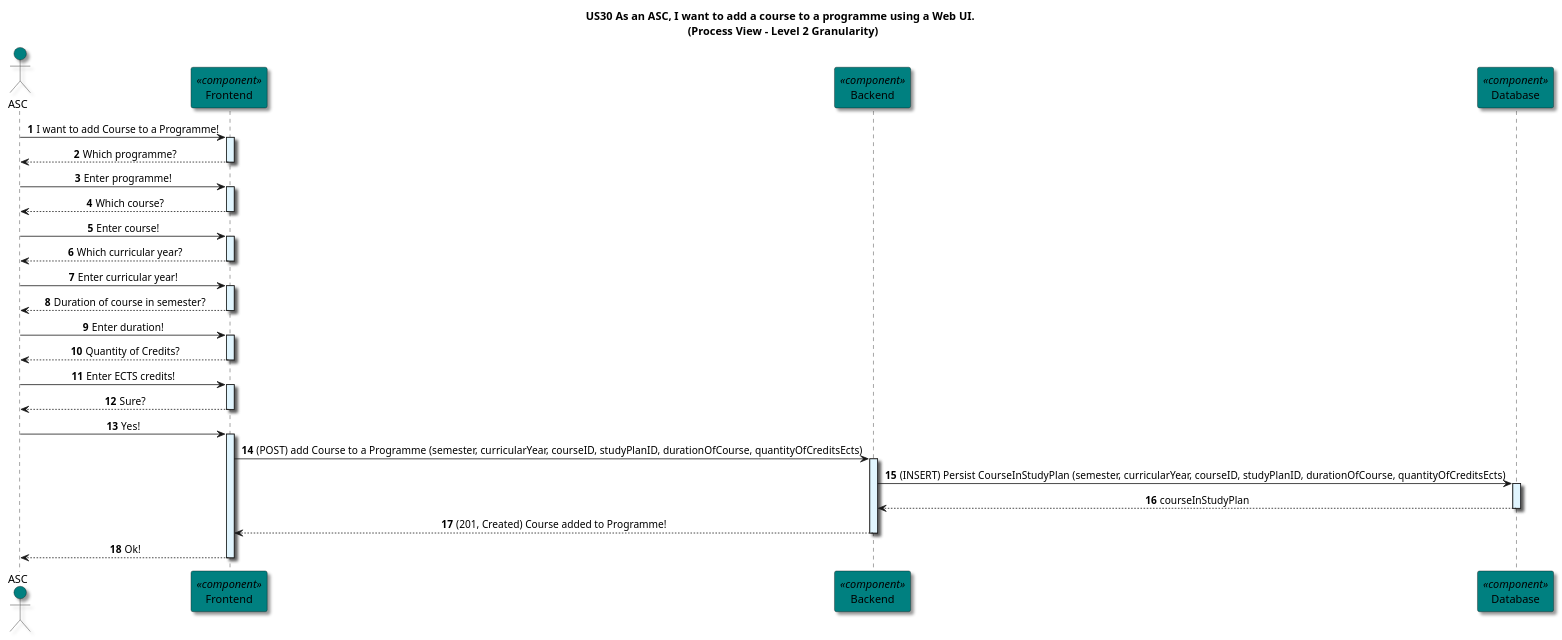
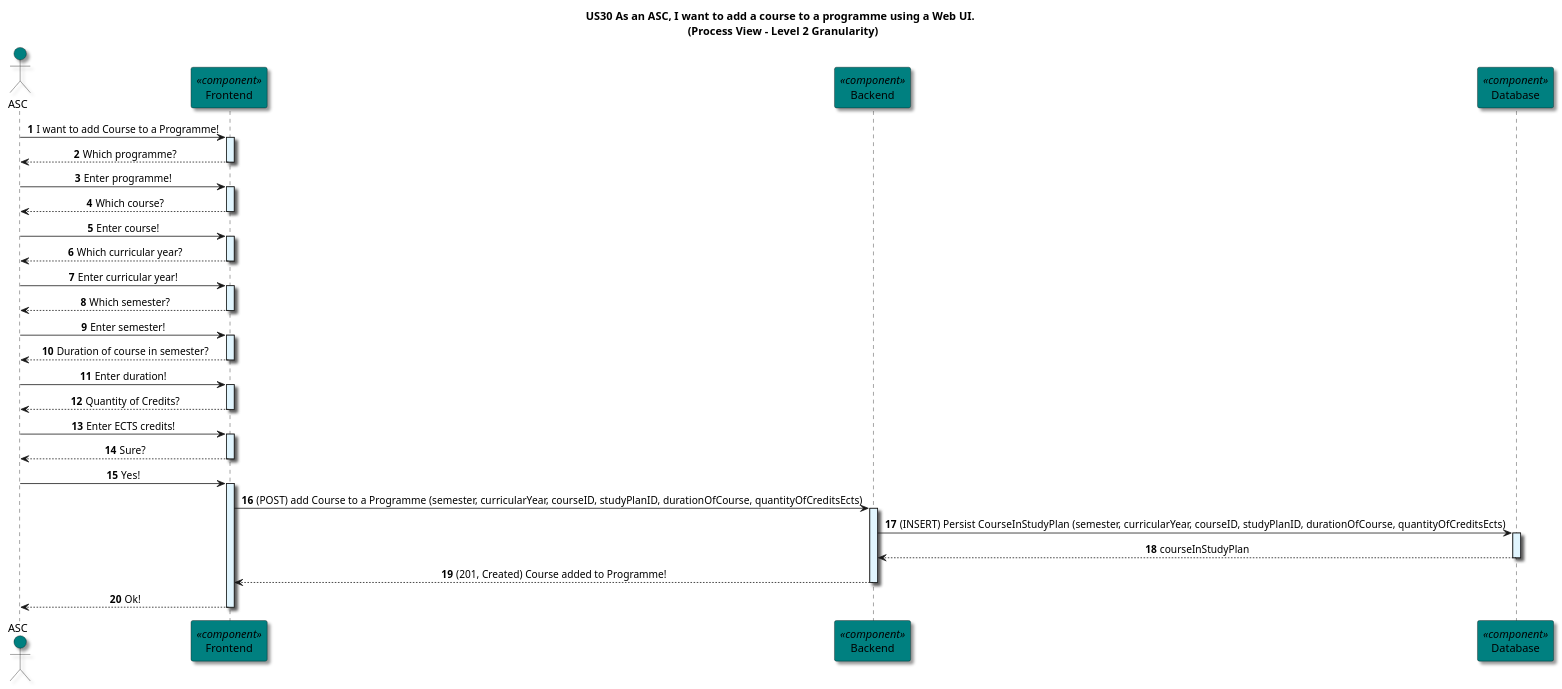
Before and after one commit to GasparISEP/DevOps-PAI: the diagram in docs/US30/Level2Granularity.puml, drawn with PlantUML.

Commit message:
[docs]: Update process view diagram at level 2 granularity for configure CourseInStudyPlan #571

```diff
--- a/docs/US30/Level2Granularity.puml
+++ b/docs/US30/Level2Granularity.puml
@@ -1,74 +1,80 @@
 @startuml
 
 title US30 As an ASC, I want to add a course to a programme using a Web UI. \n (Process View - Level 2 Granularity)
 
 skinparam componentStyle component
 skinparam defaultTextAlignment center
 skinparam shadowing true
 
 autonumber
 
 actor ASC as asc #teal
 
 participant "Frontend" as frontend <<component>> #teal
 participant "Backend" as backend <<component>> #teal
 participant "Database" as db <<component>> #teal
 
 asc -> frontend: I want to add Course to a Programme!
 activate frontend #E1F5FE
 
 frontend --> asc: Which programme?
 deactivate frontend
 
 asc -> frontend: Enter programme!
 activate frontend #E1F5FE
 
 frontend --> asc: Which course?
 deactivate frontend
 
 asc -> frontend: Enter course!
 activate frontend #E1F5FE
 
 frontend --> asc: Which curricular year?
 deactivate frontend
 
 asc -> frontend: Enter curricular year!
+activate frontend #E1F5FE
+
+frontend --> asc: Which semester?
+deactivate frontend
+
+asc -> frontend: Enter semester!
 activate frontend #E1F5FE
 
 frontend --> asc: Duration of course in semester?
 deactivate frontend
 
 asc -> frontend: Enter duration!
 activate frontend #E1F5FE
 
 frontend --> asc: Quantity of Credits?
 deactivate frontend
 
 asc -> frontend: Enter ECTS credits!
 activate frontend #E1F5FE
 
 
 
 
 
 frontend --> asc: Sure?
 deactivate frontend
 
 asc -> frontend: Yes!
 activate frontend #E1F5FE
 
 frontend -> backend: (POST) add Course to a Programme (semester, curricularYear, courseID, studyPlanID, durationOfCourse, quantityOfCreditsEcts)
 activate backend #E1F5FE
 
 backend -> db: (INSERT) Persist CourseInStudyPlan (semester, curricularYear, courseID, studyPlanID, durationOfCourse, quantityOfCreditsEcts)
 activate db #E1F5FE
 db --> backend: courseInStudyPlan
 deactivate db
 
 backend --> frontend: (201, Created) Course added to Programme!
 deactivate backend
 
 frontend --> asc: Ok!
 deactivate frontend
 
 @enduml
```
